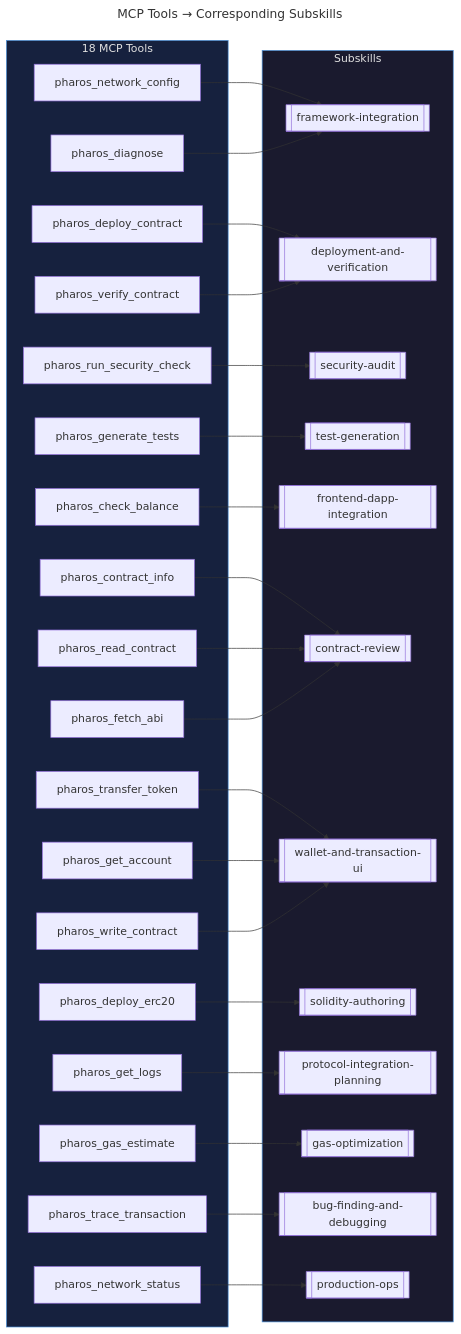
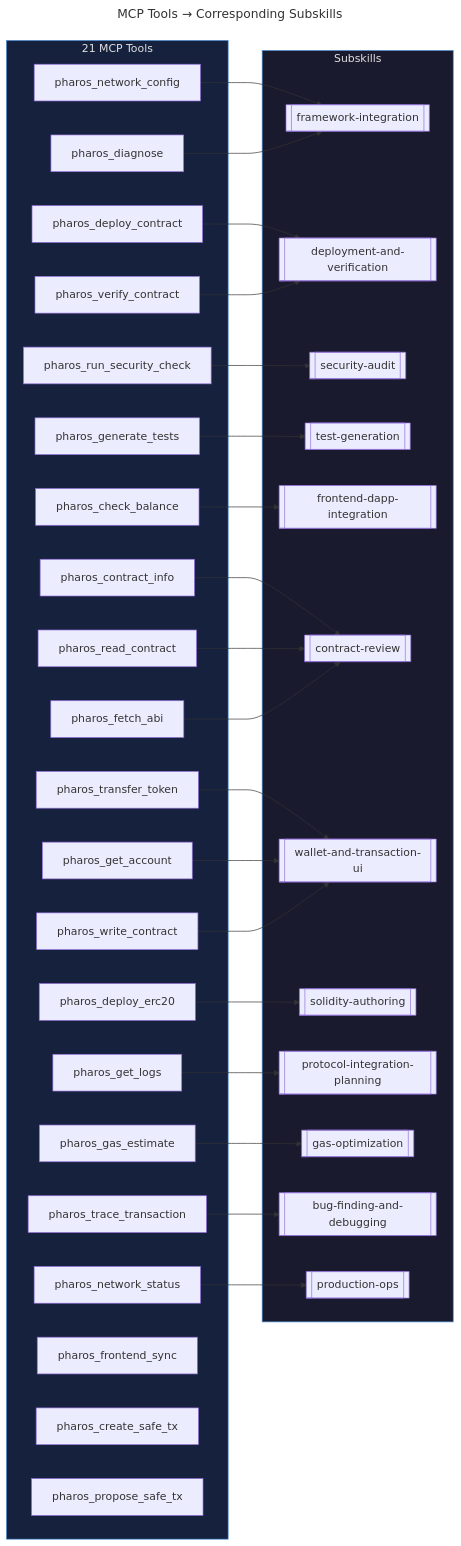
The fourth of 5 diagrams in CASCADE.md (tejas0111/Pharos), drawn with Mermaid before and after one commit. The commit also changed other lines of this file and 10 other files, not shown here.

````diff
--- a/CASCADE.md
+++ b/CASCADE.md
@@ -176,63 +176,66 @@
 ```mermaid
 ---
 title: MCP Tools → Corresponding Subskills
 ---
 flowchart LR
-    subgraph Tools["18 MCP Tools"]
+    subgraph Tools["21 MCP Tools"]
         T1[pharos_network_config]
         T2[pharos_deploy_contract]
         T3[pharos_verify_contract]
         T4[pharos_run_security_check]
         T5[pharos_generate_tests]
         T6[pharos_check_balance]
         T7[pharos_contract_info]
         T8[pharos_transfer_token]
         T9[pharos_deploy_erc20]
         T10[pharos_get_logs]
         T11[pharos_diagnose]
         T12[pharos_get_account]
         T13[pharos_gas_estimate]
         T14[pharos_trace_transaction]
         T15[pharos_network_status]
         T16[pharos_read_contract]
         T17[pharos_write_contract]
         T18[pharos_fetch_abi]
+        T19[pharos_frontend_sync]
+        T20[pharos_create_safe_tx]
+        T21[pharos_propose_safe_tx]
     end
 
     subgraph Skills["Subskills"]
         S1[[framework-integration]]
         S2[[deployment-and-verification]]
         S3[[security-audit]]
         S4[[test-generation]]
         S5[[frontend-dapp-integration]]
         S6[[contract-review]]
         S7[[wallet-and-transaction-ui]]
         S8[[solidity-authoring]]
         S9[[protocol-integration-planning]]
         S10[[gas-optimization]]
         S11[[bug-finding-and-debugging]]
         S12[[production-ops]]
     end
 
     T1 --> S1
     T2 --> S2
     T3 --> S2
     T4 --> S3
     T5 --> S4
     T6 --> S5
     T7 --> S6
     T8 --> S7
     T9 --> S8
     T10 --> S9
     T11 --> S1
     T12 --> S7
     T13 --> S10
     T14 --> S11
     T15 --> S12
     T16 --> S6
     T17 --> S7
     T18 --> S6
 
     style Tools fill:#16213e,color:#e0e0e0,stroke:#4a90d9
     style Skills fill:#1a1a2e,color:#e0e0e0,stroke:#4a90d9
 ```
````
